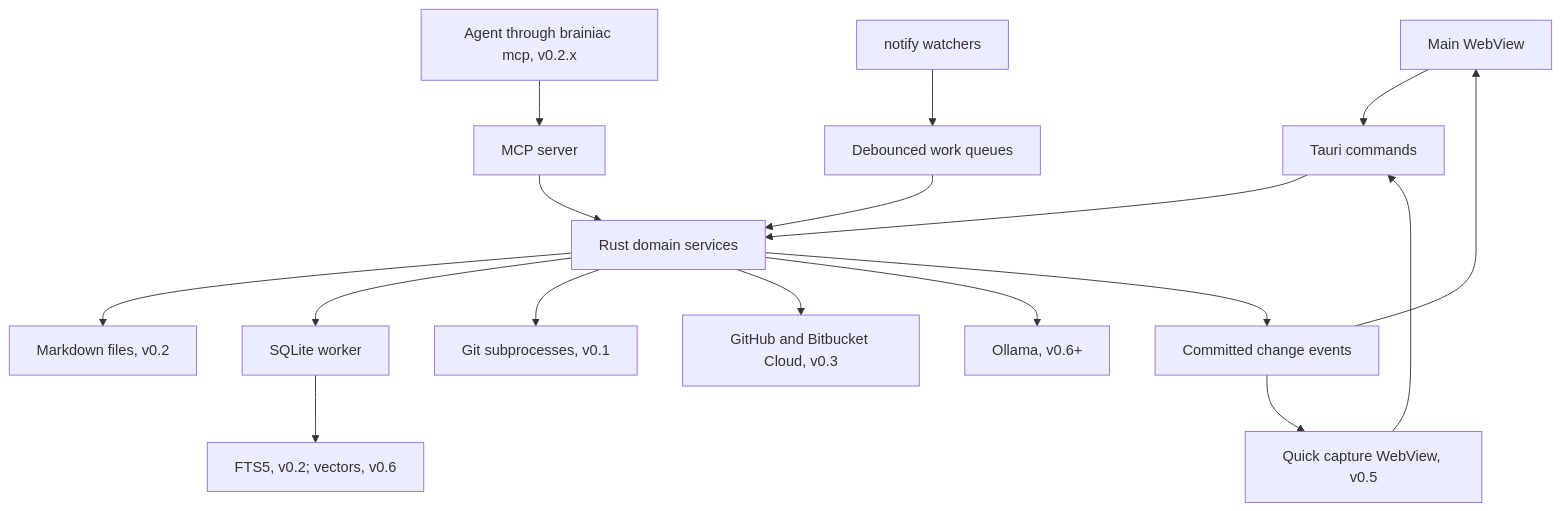
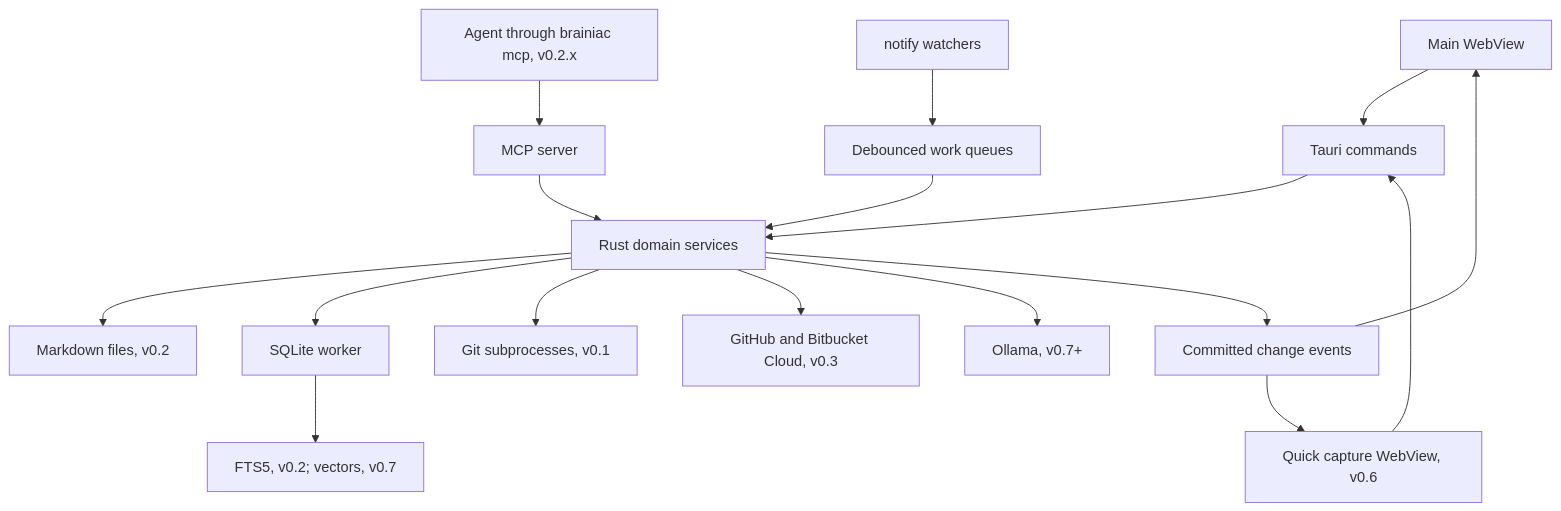
Before and after one commit to B87/brainiac: the first of 2 diagrams in docs/architecture.md, drawn with Mermaid. The commit also changed other lines of this file and 8 other files, not shown here.

````diff
--- a/docs/architecture.md
+++ b/docs/architecture.md
@@ -40,19 +40,19 @@
 ```mermaid
 flowchart TD
     Main[Main WebView] --> IPC[Tauri commands]
     Agent[Agent through brainiac mcp, v0.2.x] --> MCP[MCP server]
     MCP --> Services
-    Capture[Quick capture WebView, v0.5] --> IPC
+    Capture[Quick capture WebView, v0.6] --> IPC
     IPC --> Services[Rust domain services]
     Services --> Files[Markdown files, v0.2]
     Services --> DB[SQLite worker]
     Watch[notify watchers] --> Queue[Debounced work queues]
     Queue --> Services
     Services --> Git[Git subprocesses, v0.1]
     Services --> Forges[GitHub and Bitbucket Cloud, v0.3]
-    Services --> AI[Ollama, v0.6+]
-    DB --> Search[FTS5, v0.2; vectors, v0.6]
+    Services --> AI[Ollama, v0.7+]
+    DB --> Search[FTS5, v0.2; vectors, v0.7]
     Services --> Events[Committed change events]
     Events --> Main
     Events --> Capture
 ```
````
